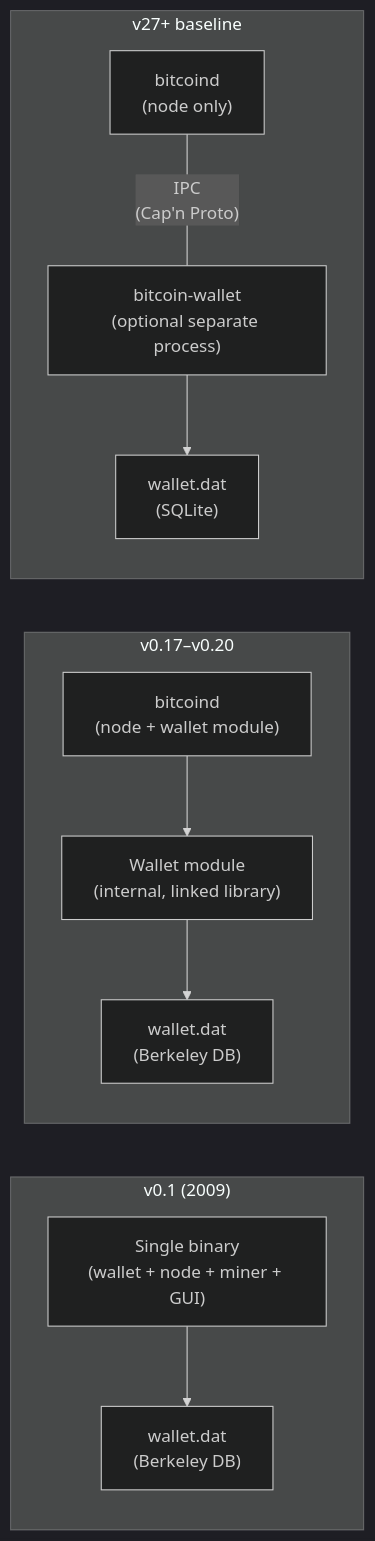
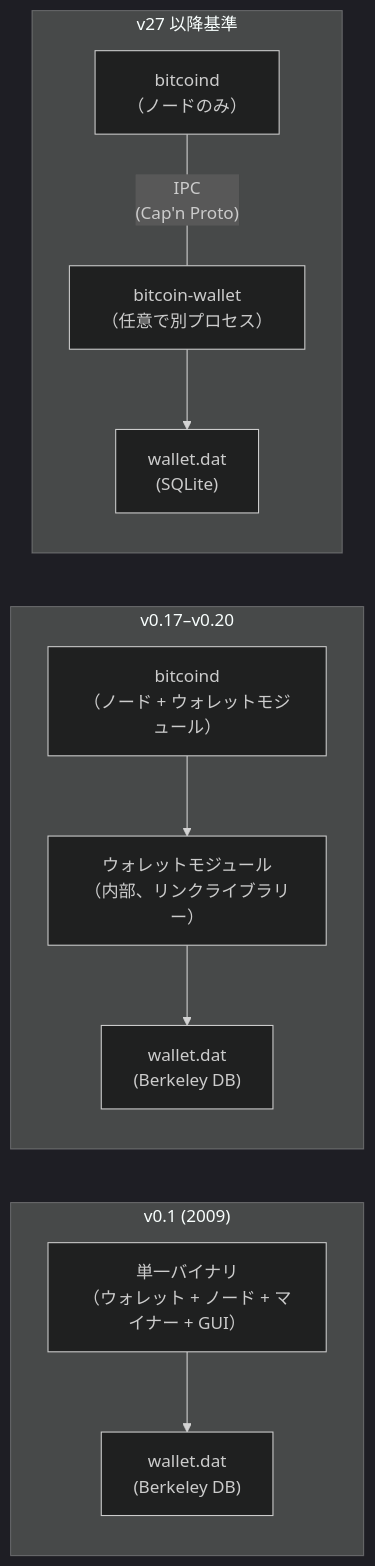
The seventh of 7 diagrams in src/data/translations/ja/design/2009-01-03-bitcoin-wallet-design.md (cypher256/BitcoinArchive), drawn with Mermaid (dark theme) before and after one commit. The commit also changed other lines of this file and 11 other files, not shown here.

````diff
--- a/src/data/translations/ja/design/2009-01-03-bitcoin-wallet-design.md
+++ b/src/data/translations/ja/design/2009-01-03-bitcoin-wallet-design.md
@@ -319,27 +319,27 @@
 ```mermaid
 flowchart LR
     subgraph V01["v0.1 (2009)"]
         direction TB
-        MONO["Single binary\n(wallet + node + miner + GUI)"]
+        MONO["単一バイナリ\n（ウォレット + ノード + マイナー + GUI）"]
         BDB["wallet.dat\n(Berkeley DB)"]
         MONO --> BDB
     end
 
     subgraph V18["v0.17–v0.20"]
         direction TB
-        NODE1["bitcoind\n(node + wallet module)"]
-        W1["Wallet module\n(internal, linked library)"]
+        NODE1["bitcoind\n（ノード + ウォレットモジュール）"]
+        W1["ウォレットモジュール\n（内部、リンクライブラリー）"]
         BDB2["wallet.dat\n(Berkeley DB)"]
         NODE1 --> W1
         W1 --> BDB2
     end
 
-    subgraph V27["v27+ baseline"]
+    subgraph V27["v27 以降基準"]
         direction TB
-        NODE2["bitcoind\n(node only)"]
-        W2["bitcoin-wallet\n(optional separate process)"]
+        NODE2["bitcoind\n（ノードのみ）"]
+        W2["bitcoin-wallet\n（任意で別プロセス）"]
         SQL["wallet.dat\n(SQLite)"]
         NODE2 -- "IPC\n(Cap'n Proto)" --- W2
         W2 --> SQL
     end
 ```
````
